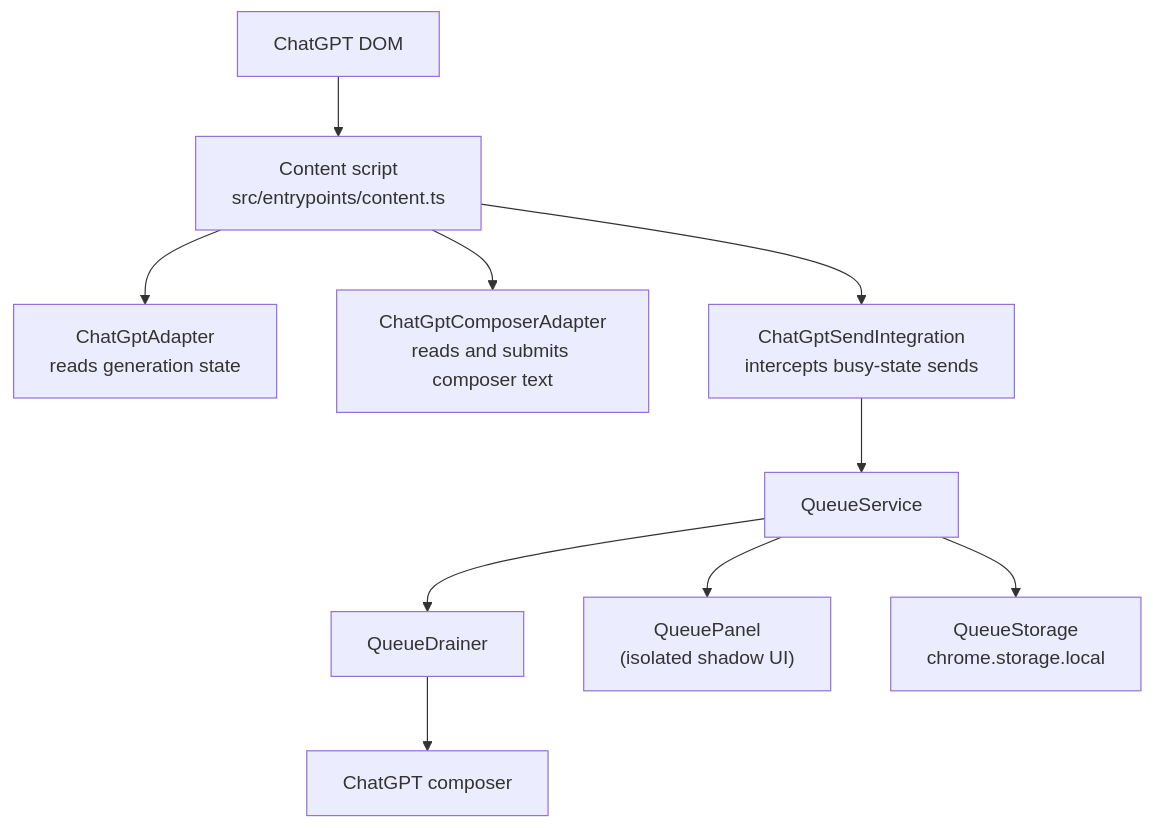
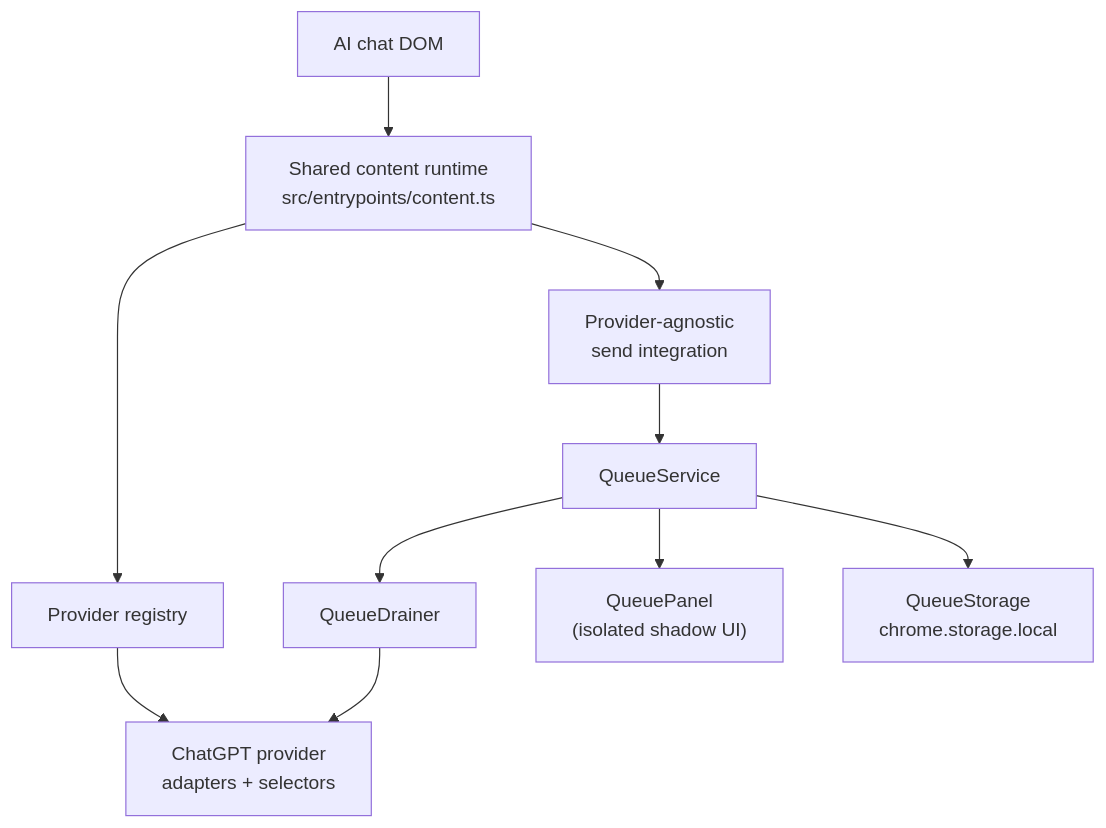
One commit to technway/ai-chat-queue changed the diagram in README.md. Above: the diagram before and after it, drawn with Mermaid. The commit also changed other lines of this file and 17 other files, not shown here.

Commit message:
feat: add multi-provider AI chat support

````diff
--- a/README.md
+++ b/README.md
@@ -61,14 +61,13 @@
 ```mermaid
 flowchart TD
-    DOM["ChatGPT DOM"] --> Content["Content script<br/>src/entrypoints/content.ts"]
+    DOM["AI chat DOM"] --> Content["Shared content runtime<br/>src/entrypoints/content.ts"]
+    Content --> Registry["Provider registry"]
+    Registry --> ChatGPT["ChatGPT provider<br/>adapters + selectors"]
 
-    Content --> Adapter["ChatGptAdapter<br/>reads generation state"]
-    Content --> ComposerAdapter["ChatGptComposerAdapter<br/>reads and submits composer text"]
-    Content --> SendIntegration["ChatGptSendIntegration<br/>intercepts busy-state sends"]
-
+    Content --> SendIntegration["Provider-agnostic<br/>send integration"]
     SendIntegration --> QueueService["QueueService"]
     QueueService --> QueueDrainer["QueueDrainer"]
     QueueService --> QueuePanel["QueuePanel<br/>(isolated shadow UI)"]
     QueueService --> QueueStorage["QueueStorage<br/>chrome.storage.local"]
-    QueueDrainer --> Composer["ChatGPT composer"]
+    QueueDrainer --> ChatGPT
 ```
````
